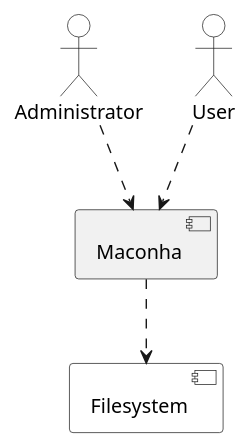
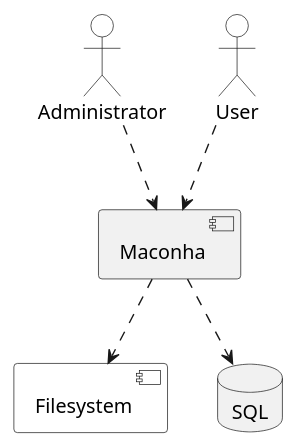
One commit to Weltraumschaf/maconha changed the diagram in src/site/resources/plantuml/context_boundaries.puml. Above: the diagram before and after it, drawn with PlantUML. The commit also changed 7 other files, not shown here.

Commit message:
Refine the architecture documentation.

```diff
--- a/src/site/resources/plantuml/context_boundaries.puml
+++ b/src/site/resources/plantuml/context_boundaries.puml
@@ -1,15 +1,16 @@
 @startuml
 skinparam componentStyle uml2
 
 [Maconha]
 [Filesystem] #White
 :Administrator: #White
 :User: #White
-
+database SQL
 
 
 Administrator ..> Maconha
 User ..> Maconha
 Maconha ..> Filesystem
+Maconha ..> SQL
 
 @enduml
```
